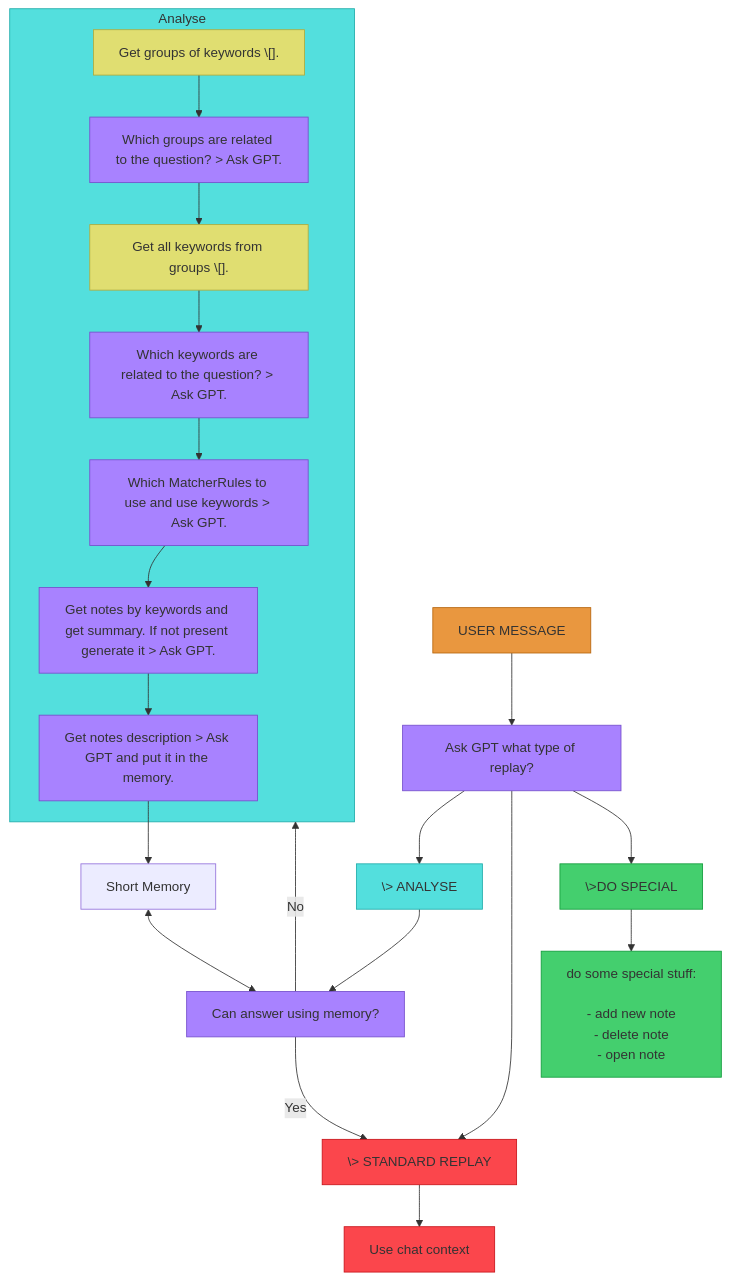
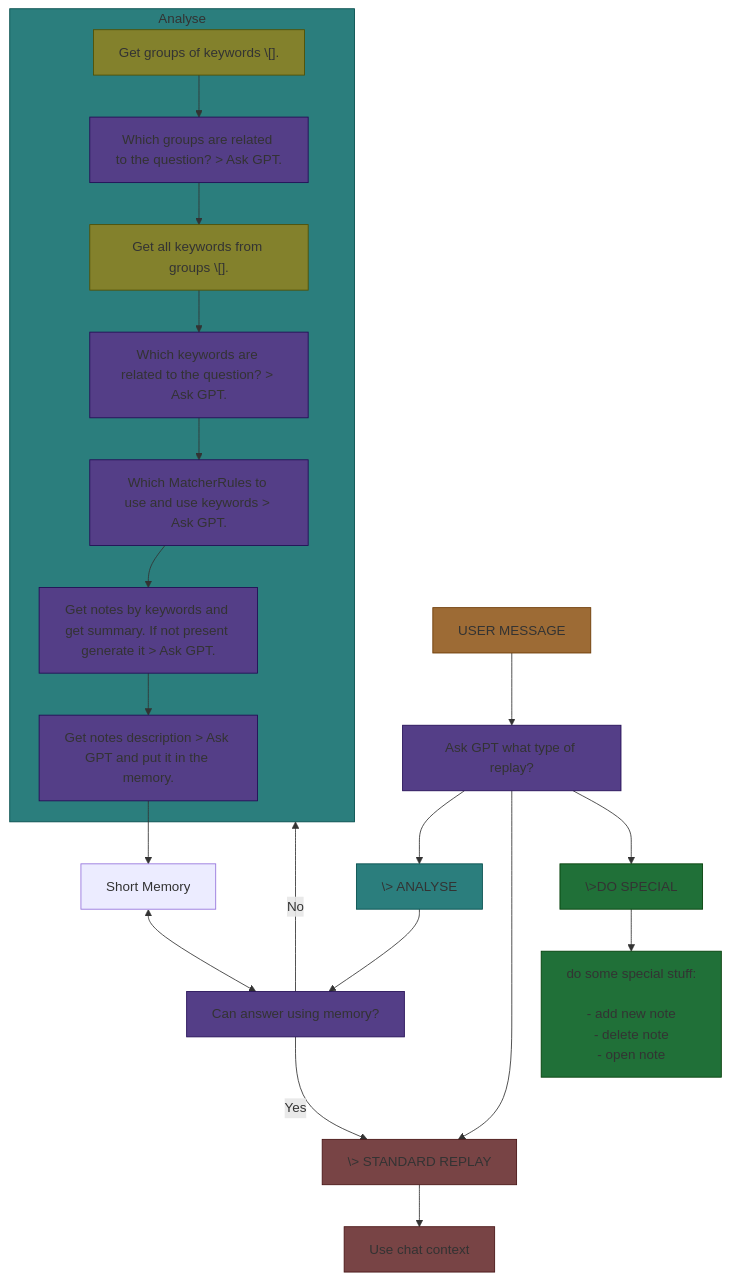
One commit to intkgc/intellivault changed the diagram in specs/analysis-pipeline.md. Above: the diagram before and after it, drawn with Mermaid.

Commit message:
the best commit ever: preparation for changing the visibility of the repository 2

````diff
--- a/specs/analysis-pipeline.md
+++ b/specs/analysis-pipeline.md
@@ -1,74 +1,74 @@
 ```mermaid
 graph TB
 subgraph ab7778a2d708eb0f["Analyse"]
 207a7feca601c2e2["Which MatcherRules to use and use keywords > Ask GPT."]
 78e957bda4884a41["Get groups of keywords \[]."]
 f755572270f4b40b["Which groups are related to the question? > Ask GPT."]
 223a839673882ebc["Get all keywords from groups \[]."]
 876ae3132c378cae["Which keywords are related to the question? > Ask GPT."]
 c5eacc9b622b4c0a["Get notes by keywords and get summary. If not present generate it > Ask GPT."]
 76f53107dccbc61b["Get notes description > Ask GPT and put it in the memory."]
 
 end
 2e78d5081acb9130["\> ANALYSE"]
 03c0bf2d7d53ba30["Ask GPT what type of replay?"]
 5e4aff86d5515375["USER MESSAGE"]
 b6f82d11aa769a1f["Can answer using memory?"]
 0ae8cee0a7cf4f85["Short Memory"]
 207a7feca601c2e2["Which MatcherRules to use and use keywords > Ask GPT."]
 78e957bda4884a41["Get groups of keywords \[]."]
 f755572270f4b40b["Which groups are related to the question? > Ask GPT."]
 223a839673882ebc["Get all keywords from groups \[]."]
 876ae3132c378cae["Which keywords are related to the question? > Ask GPT."]
 c5eacc9b622b4c0a["Get notes by keywords and get summary. If not present generate it > Ask GPT."]
 76f53107dccbc61b["Get notes description > Ask GPT and put it in the memory."]
 e5a6cbc4df30ca71["\>DO SPECIAL"]
 4f6683862d28ae89["\> STANDARD REPLAY"]
 e0655c30dc3992a5["Use chat context"]
 06a04622a782b489["do some special stuff:
 
 - add new note
 - delete note
 - open note"]
 2e78d5081acb9130 --> b6f82d11aa769a1f
 f755572270f4b40b --> 223a839673882ebc
 223a839673882ebc --> 876ae3132c378cae
 876ae3132c378cae --> 207a7feca601c2e2
 207a7feca601c2e2 --> c5eacc9b622b4c0a
 c5eacc9b622b4c0a --> 76f53107dccbc61b
 e5a6cbc4df30ca71 --> 06a04622a782b489
 b6f82d11aa769a1f --> |Yes| 4f6683862d28ae89
 78e957bda4884a41 --> f755572270f4b40b
 b6f82d11aa769a1f --> |No
 | ab7778a2d708eb0f
 4f6683862d28ae89 --> e0655c30dc3992a5
 5e4aff86d5515375 --> 03c0bf2d7d53ba30
 03c0bf2d7d53ba30 --> 2e78d5081acb9130
 03c0bf2d7d53ba30 --> 4f6683862d28ae89
 03c0bf2d7d53ba30 --> e5a6cbc4df30ca71
 76f53107dccbc61b --> 0ae8cee0a7cf4f85
 0ae8cee0a7cf4f85 <--> b6f82d11aa769a1f
-style ab7778a2d708eb0f fill:#53dfdd, stroke:#20acaa
-style 207a7feca601c2e2 fill:#a882ff, stroke:#754fcc
-style 78e957bda4884a41 fill:#e0de71, stroke:#adab3e
-style f755572270f4b40b fill:#a882ff, stroke:#754fcc
-style 223a839673882ebc fill:#e0de71, stroke:#adab3e
-style 876ae3132c378cae fill:#a882ff, stroke:#754fcc
-style c5eacc9b622b4c0a fill:#a882ff, stroke:#754fcc
-style 76f53107dccbc61b fill:#a882ff, stroke:#754fcc
-style 2e78d5081acb9130 fill:#53dfdd, stroke:#20acaa
-style 03c0bf2d7d53ba30 fill:#a882ff, stroke:#754fcc
-style 5e4aff86d5515375 fill:#e9973f, stroke:#b6640c
-style b6f82d11aa769a1f fill:#a882ff, stroke:#754fcc
-style 207a7feca601c2e2 fill:#a882ff, stroke:#754fcc
-style 78e957bda4884a41 fill:#e0de71, stroke:#adab3e
-style f755572270f4b40b fill:#a882ff, stroke:#754fcc
-style 223a839673882ebc fill:#e0de71, stroke:#adab3e
-style 876ae3132c378cae fill:#a882ff, stroke:#754fcc
-style c5eacc9b622b4c0a fill:#a882ff, stroke:#754fcc
-style 76f53107dccbc61b fill:#a882ff, stroke:#754fcc
-style e5a6cbc4df30ca71 fill:#44cf6e, stroke:#119c3b
-style 4f6683862d28ae89 fill:#fb464c, stroke:#c81319
-style e0655c30dc3992a5 fill:#fb464c, stroke:#c81319
-style 06a04622a782b489 fill:#44cf6e, stroke:#119c3b
+style ab7778a2d708eb0f fill:#2b7e7d, stroke:#004b4a
+style 207a7feca601c2e2 fill:#543e87, stroke:#210b54
+style 78e957bda4884a41 fill:#83812c, stroke:#504e00
+style f755572270f4b40b fill:#543e87, stroke:#210b54
+style 223a839673882ebc fill:#83812c, stroke:#504e00
+style 876ae3132c378cae fill:#543e87, stroke:#210b54
+style c5eacc9b622b4c0a fill:#543e87, stroke:#210b54
+style 76f53107dccbc61b fill:#543e87, stroke:#210b54
+style 2e78d5081acb9130 fill:#2b7e7d, stroke:#004b4a
+style 03c0bf2d7d53ba30 fill:#543e87, stroke:#210b54
+style 5e4aff86d5515375 fill:#9d6b35, stroke:#6a3802
+style b6f82d11aa769a1f fill:#543e87, stroke:#210b54
+style 207a7feca601c2e2 fill:#543e87, stroke:#210b54
+style 78e957bda4884a41 fill:#83812c, stroke:#504e00
+style f755572270f4b40b fill:#543e87, stroke:#210b54
+style 223a839673882ebc fill:#83812c, stroke:#504e00
+style 876ae3132c378cae fill:#543e87, stroke:#210b54
+style c5eacc9b622b4c0a fill:#543e87, stroke:#210b54
+style 76f53107dccbc61b fill:#543e87, stroke:#210b54
+style e5a6cbc4df30ca71 fill:#207038, stroke:#003d05
+style 4f6683862d28ae89 fill:#784445, stroke:#451112
+style e0655c30dc3992a5 fill:#784445, stroke:#451112
+style 06a04622a782b489 fill:#207038, stroke:#003d05
 ```
````
